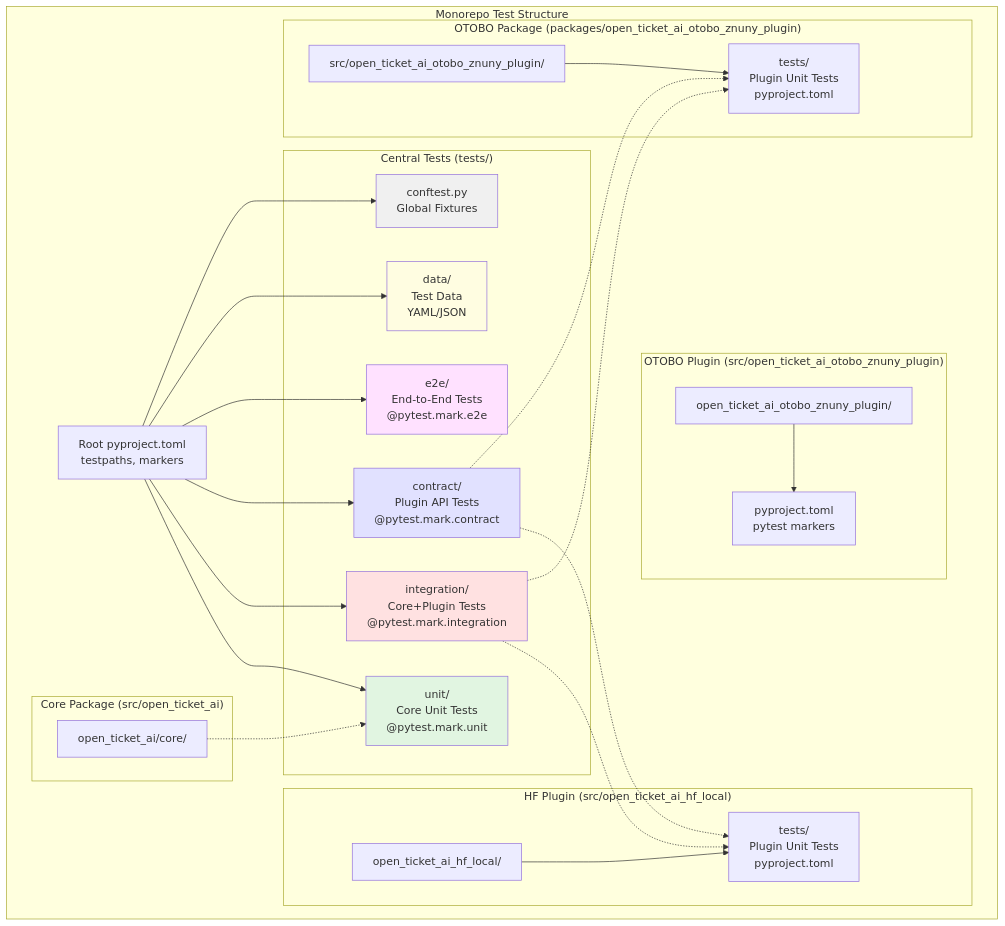
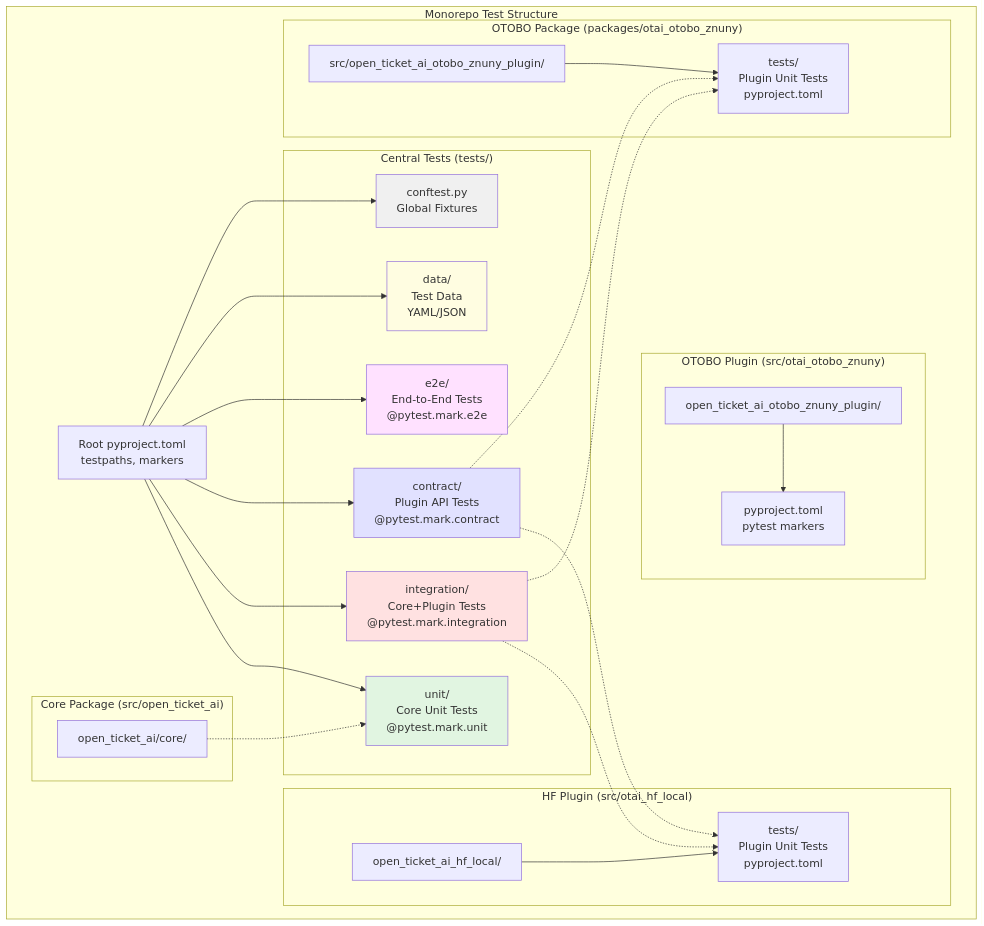
Before and after one commit to Softoft-Orga/open-ticket-ai: the first of 3 diagrams in docs/diagrams/test-structure.md, drawn with Mermaid. The commit also changed 115 other files, not shown here.

````diff
--- a/docs/diagrams/test-structure.md
+++ b/docs/diagrams/test-structure.md
@@ -1,58 +1,58 @@
 ```mermaid
 graph TB
     subgraph "Monorepo Test Structure"
         root[Root pyproject.toml<br/>testpaths, markers]
         
         subgraph "Central Tests (tests/)"
             unit[unit/<br/>Core Unit Tests<br/>@pytest.mark.unit]
             integration[integration/<br/>Core+Plugin Tests<br/>@pytest.mark.integration]
             contract[contract/<br/>Plugin API Tests<br/>@pytest.mark.contract]
             e2e[e2e/<br/>End-to-End Tests<br/>@pytest.mark.e2e]
             data[data/<br/>Test Data<br/>YAML/JSON]
             conftest[conftest.py<br/>Global Fixtures]
         end
         
         subgraph "Core Package (src/open_ticket_ai)"
             core[open_ticket_ai/core/]
         end
         
-        subgraph "HF Plugin (src/open_ticket_ai_hf_local)"
+        subgraph "HF Plugin (src/otai_hf_local)"
             hf_plugin[open_ticket_ai_hf_local/]
             hf_tests[tests/<br/>Plugin Unit Tests<br/>pyproject.toml]
         end
         
-        subgraph "OTOBO Plugin (src/open_ticket_ai_otobo_znuny_plugin)"
+        subgraph "OTOBO Plugin (src/otai_otobo_znuny)"
             otobo_plugin[open_ticket_ai_otobo_znuny_plugin/]
             otobo_pyproject[pyproject.toml<br/>pytest markers]
         end
         
-        subgraph "OTOBO Package (packages/open_ticket_ai_otobo_znuny_plugin)"
+        subgraph "OTOBO Package (packages/otai_otobo_znuny)"
             otobo_pkg[src/open_ticket_ai_otobo_znuny_plugin/]
             otobo_tests[tests/<br/>Plugin Unit Tests<br/>pyproject.toml]
         end
     end
     
     root --> unit
     root --> integration
     root --> contract
     root --> e2e
     root --> data
     root --> conftest
     
     core -.-> unit
     hf_plugin --> hf_tests
     otobo_plugin --> otobo_pyproject
     otobo_pkg --> otobo_tests
     
     integration -.-> hf_tests
     integration -.-> otobo_tests
     contract -.-> hf_tests
     contract -.-> otobo_tests
     
     style unit fill:#e1f5e1
     style integration fill:#ffe1e1
     style contract fill:#e1e1ff
     style e2e fill:#ffe1ff
     style data fill:#fffde1
     style conftest fill:#f0f0f0
 ```
````
